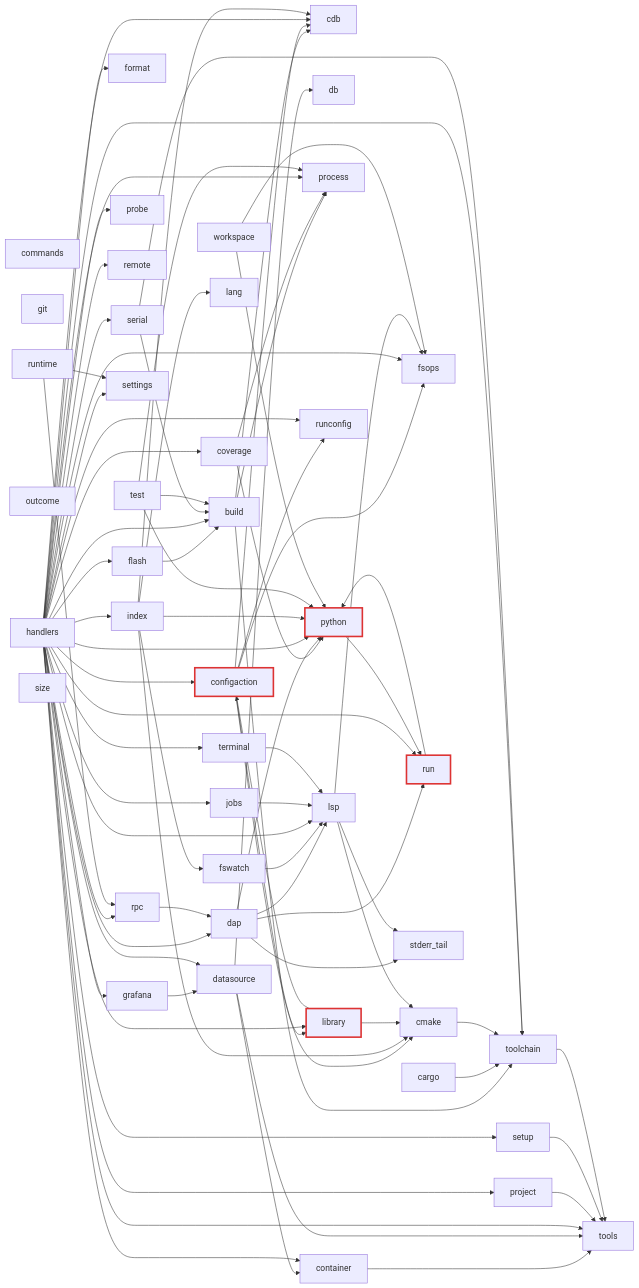
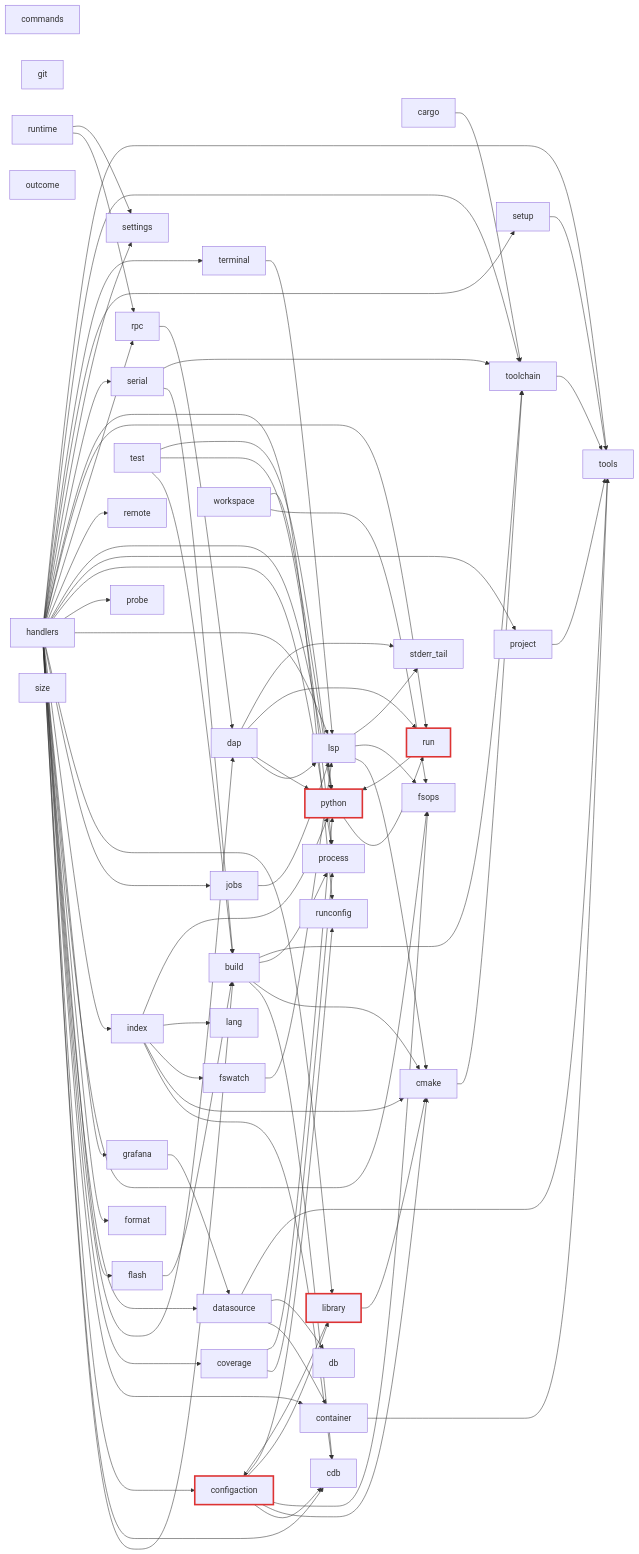
Before and after one commit to ViktorWalde/KineinVectis: the third of 16 diagrams in DocsPublic/arquitetura/01-mapa-de-modulos.md, drawn with Mermaid. The commit also changed other lines of this file, not shown here.

First line of the commit message:
docs: mapa de modulos regenerado (cmake/rigor, build/cmake) — gate-23

```diff
--- a/DocsPublic/arquitetura/01-mapa-de-modulos.md
+++ b/DocsPublic/arquitetura/01-mapa-de-modulos.md
@@ -129,6 +129,7 @@
   n_core_tools[tools]
   n_core_workspace[workspace]
   n_core_build --> n_core_cdb
+  n_core_build --> n_core_cmake
   n_core_build --> n_core_process
   n_core_build --> n_core_toolchain
   n_core_cargo --> n_core_toolchain
```
